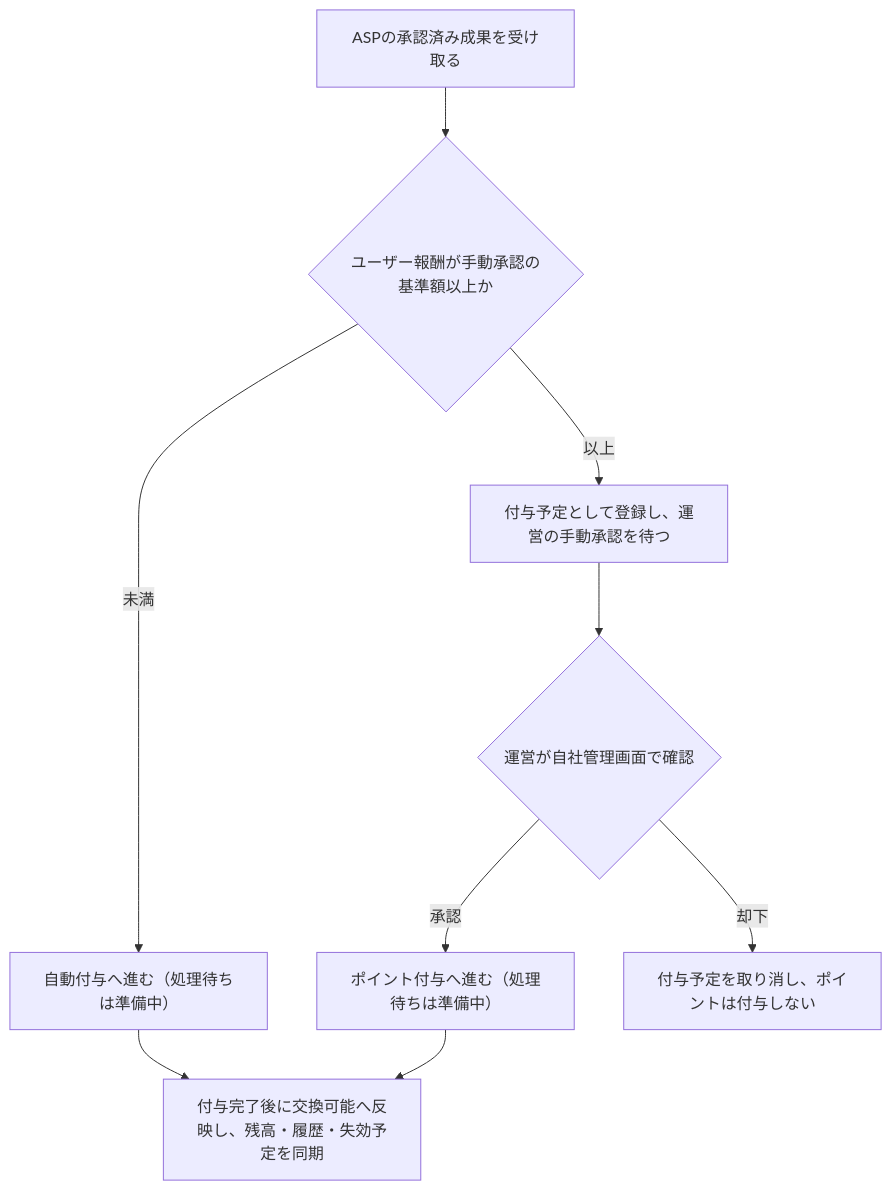
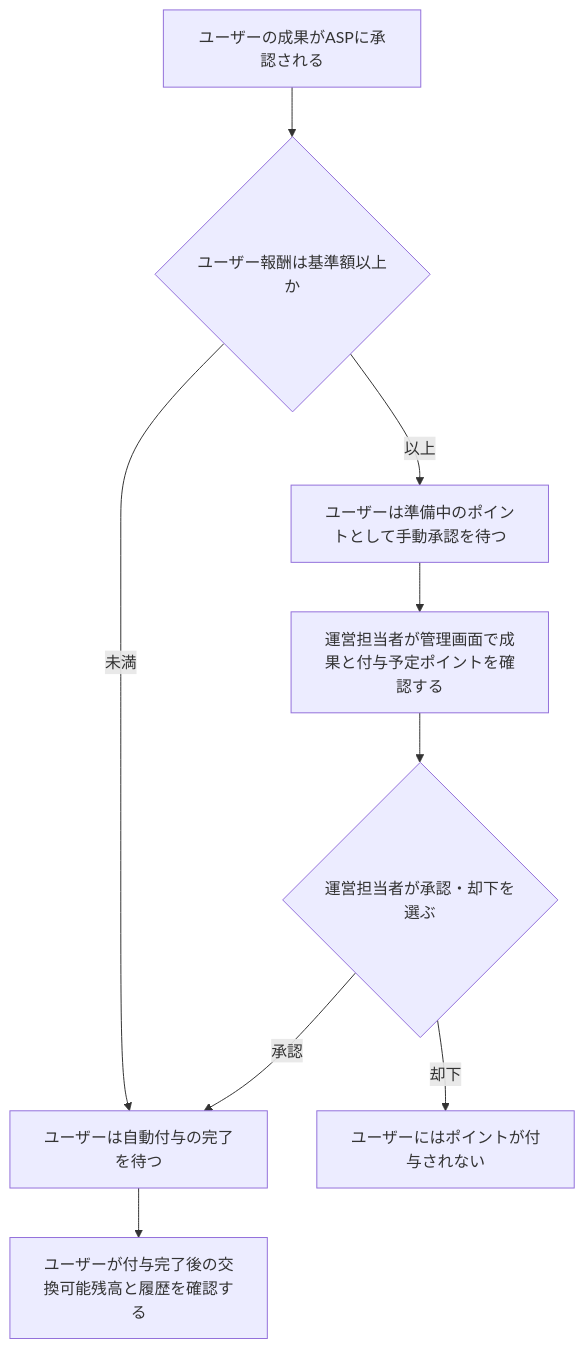
The second of 2 diagrams in docs/prd/features/F12-points.md (Min-Thu-Khant/pochipo-mock-en), drawn with Mermaid before and after one commit. The commit also changed other lines of this file and 8 other files, not shown here.

````diff
--- a/docs/prd/features/F12-points.md
+++ b/docs/prd/features/F12-points.md
@@ -84,11 +80,11 @@
 ```mermaid
 flowchart TD
-  A["ASPの承認済み成果を受け取る"] --> B{"ユーザー報酬が手動承認の基準額以上か"}
-  B -->|未満| C["自動付与へ進む（処理待ちは準備中）"]
-  B -->|以上| D["付与予定として登録し、運営の手動承認を待つ"]
-  D --> E{"運営が自社管理画面で確認"}
-  E -->|承認| F["ポイント付与へ進む（処理待ちは準備中）"]
-  E -->|却下| G["付与予定を取り消し、ポイントは付与しない"]
-  C --> H["付与完了後に交換可能へ反映し、残高・履歴・失効予定を同期"]
-  F --> H
+  A["ユーザーの成果がASPに承認される"] --> B{"ユーザー報酬は基準額以上か"}
+  B -->|未満| C["ユーザーは自動付与の完了を待つ"]
+  B -->|以上| D["ユーザーは準備中のポイントとして手動承認を待つ"]
+  D --> E["運営担当者が管理画面で成果と付与予定ポイントを確認する"]
+  E --> F{"運営担当者が承認・却下を選ぶ"}
+  F -->|承認| C
+  F -->|却下| G["ユーザーにはポイントが付与されない"]
+  C --> H["ユーザーが付与完了後の交換可能残高と履歴を確認する"]
 ```
````
